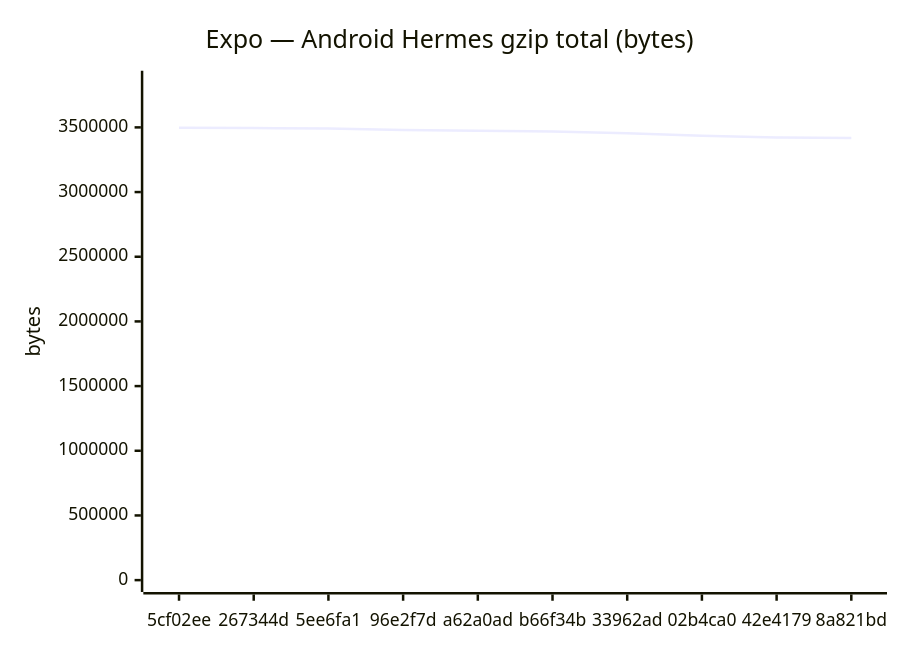
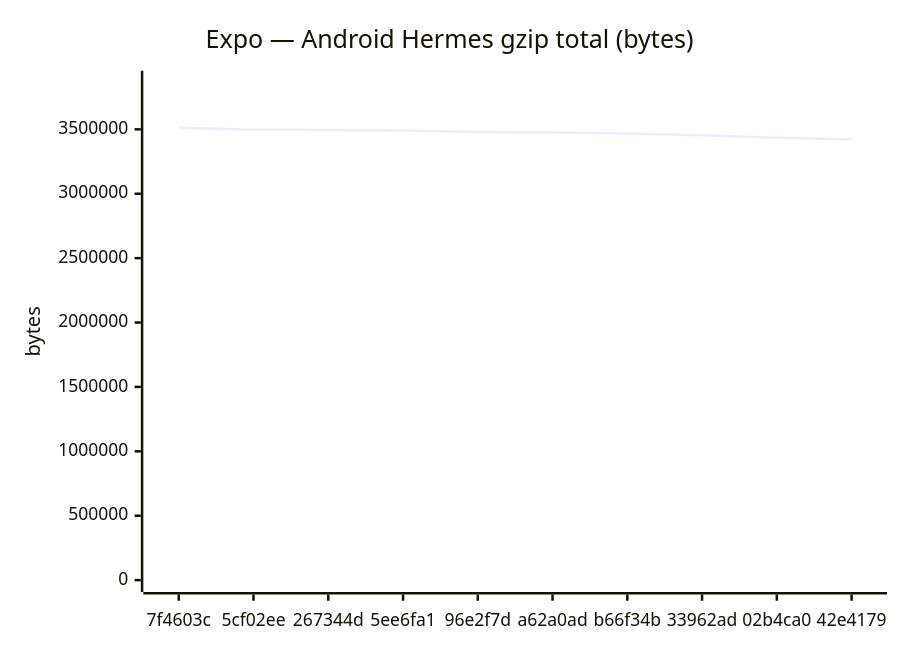
One commit to Metaheurist/Rianell changed the fifth of 18 diagrams in benchmarks/compare.md. Above: the diagram before and after it, drawn with Mermaid. The commit also changed other lines of this file and 11 other files, not shown here.

````diff
--- a/benchmarks/compare.md
+++ b/benchmarks/compare.md
@@ -89,7 +89,7 @@
 ```mermaid
 xychart-beta
     title "Expo — Android Hermes gzip total (bytes)"
-    x-axis ["5cf02ee", "267344d", "5ee6fa1", "96e2f7d", "a62a0ad", "b66f34b", "33962ad", "02b4ca0", "42e4179", "8a821bd"]
-    y-axis "bytes" 0 --> 3846033
-    line [3496393, 3494445, 3491111, 3478911, 3474606, 3468338, 3454266, 3434635, 3421569, 3417622]
+    x-axis ["7f4603c", "5cf02ee", "267344d", "5ee6fa1", "96e2f7d", "a62a0ad", "b66f34b", "33962ad", "02b4ca0", "42e4179"]
+    y-axis "bytes" 0 --> 3862622
+    line [3511474, 3496393, 3494445, 3491111, 3478911, 3474606, 3468338, 3454266, 3434635, 3421569]
 ```
````
